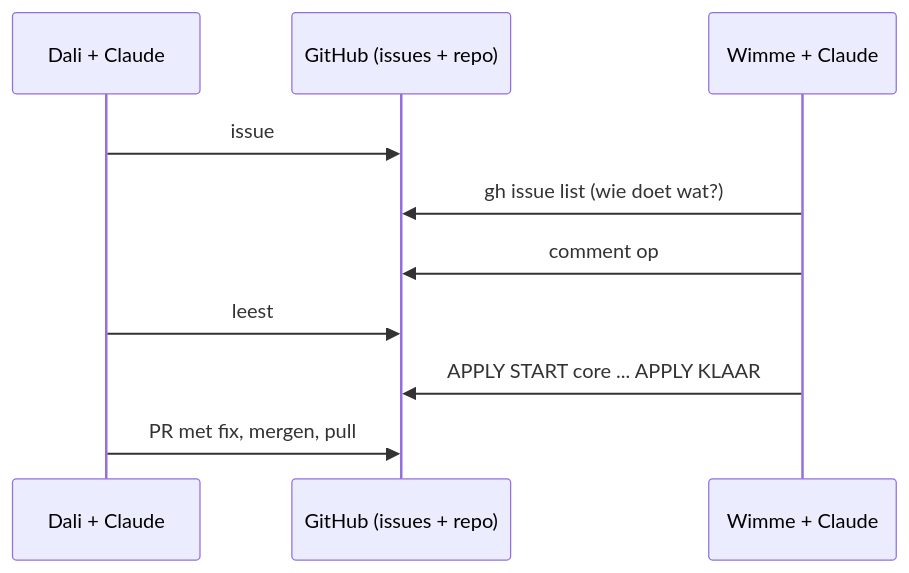
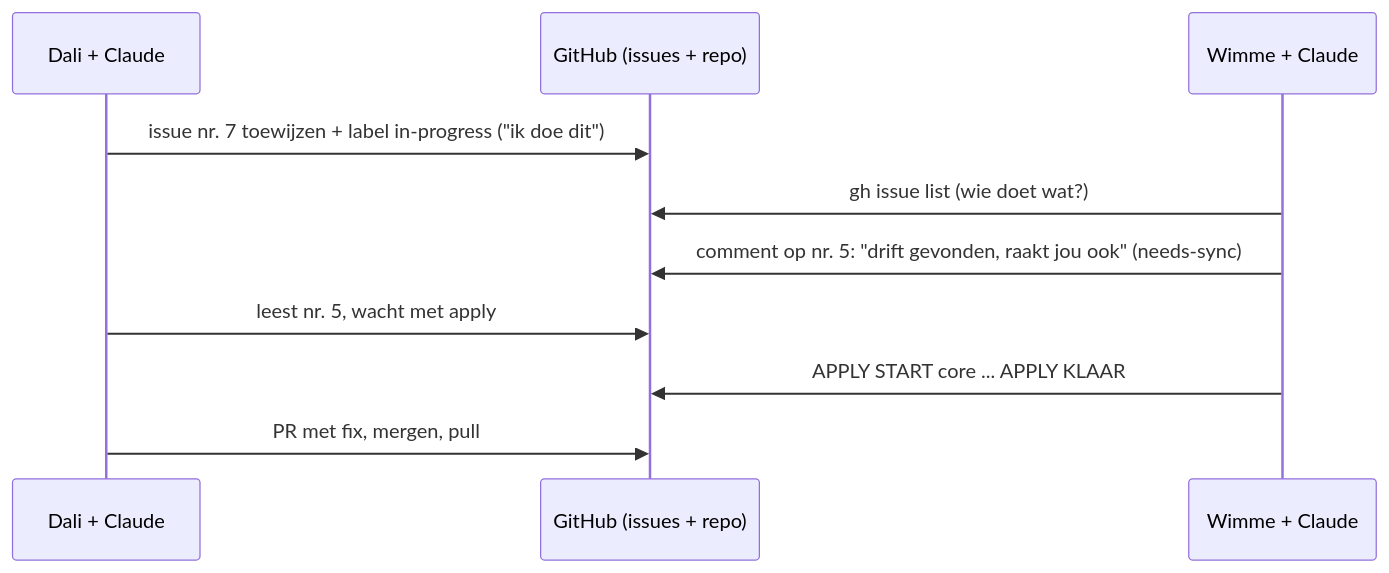
Before and after one commit to VR0EM/htf-antwerpen-2026: the diagram in docs/samenwerking.md, drawn with Mermaid. The commit also changed 9 other files, not shown here.

````diff
--- a/docs/samenwerking.md
+++ b/docs/samenwerking.md
@@ -8,12 +8,12 @@
 ```mermaid
 sequenceDiagram
     participant D as Dali + Claude
     participant GH as GitHub (issues + repo)
     participant W as Wimme + Claude
-    D->>GH: issue #7 toewijzen + label in-progress ("ik doe dit")
+    D->>GH: issue nr. 7 toewijzen + label in-progress ("ik doe dit")
     W->>GH: gh issue list (wie doet wat?)
-    W->>GH: comment op #5: "drift gevonden, raakt jou ook" (needs-sync)
-    D->>GH: leest #5, wacht met apply
+    W->>GH: comment op nr. 5: "drift gevonden, raakt jou ook" (needs-sync)
+    D->>GH: leest nr. 5, wacht met apply
     W->>GH: APPLY START core ... APPLY KLAAR
     D->>GH: PR met fix, mergen, pull
 ```
````
